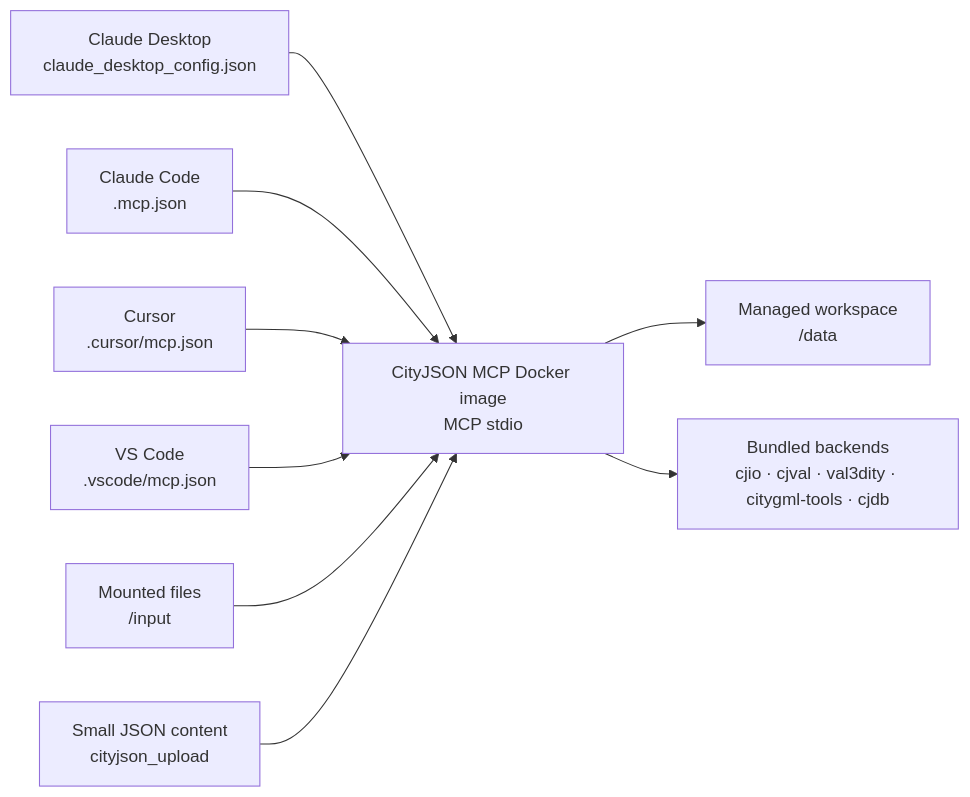
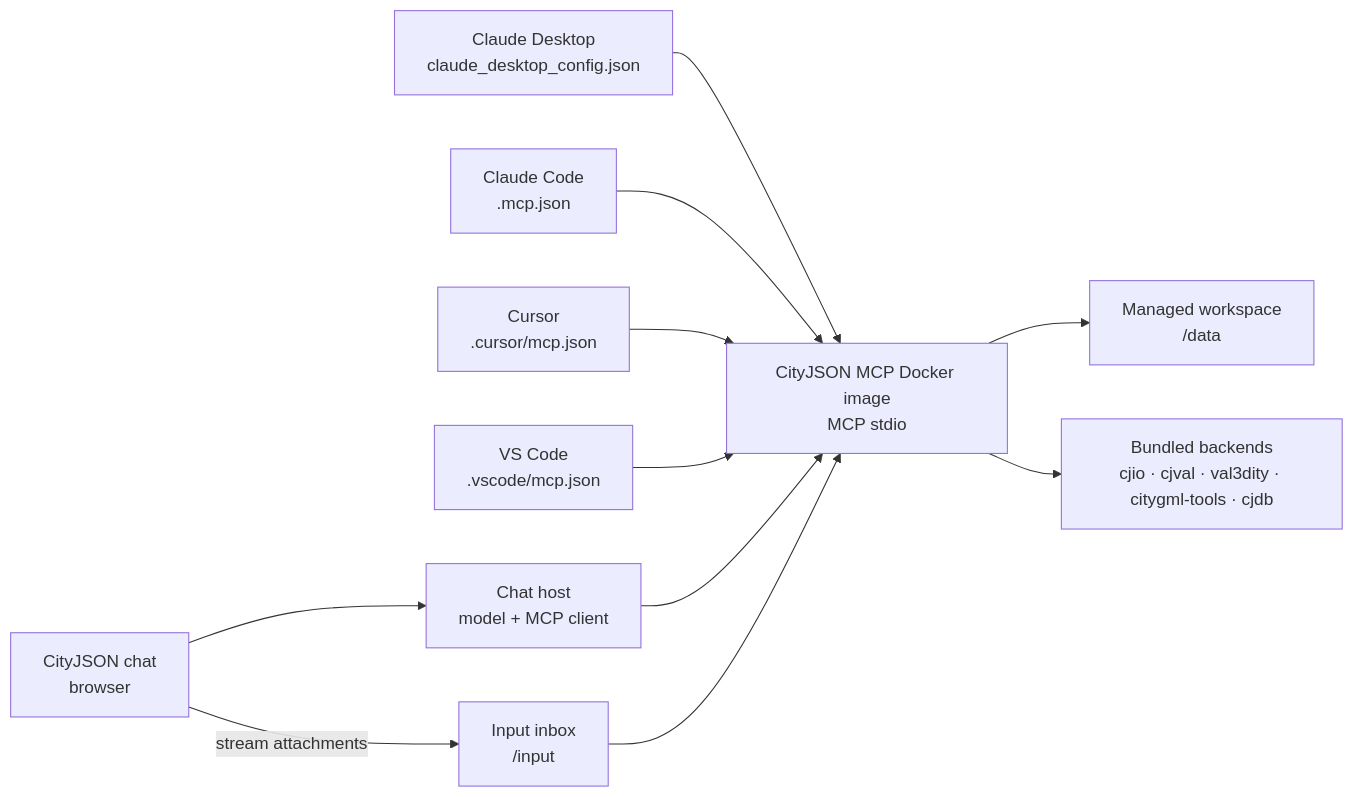
The diagram in diagrams/client-setup.mmd (Yarroudh/cityjson-mcp), drawn with Mermaid before and after one commit. The commit also changed 30 other files, not shown here.

```diff
--- a/diagrams/client-setup.mmd
+++ b/diagrams/client-setup.mmd
@@ -1,19 +1,22 @@
 flowchart LR
   CLAUDE["Claude Desktop<br/>claude_desktop_config.json"]
   CLAUDECODE["Claude Code<br/>.mcp.json"]
   CURSOR["Cursor<br/>.cursor/mcp.json"]
   VSCODE["VS Code<br/>.vscode/mcp.json"]
+  WEB["CityJSON chat<br/>browser"]
+  HOST["Chat host<br/>model + MCP client"]
   DOCKER["CityJSON MCP Docker image<br/>MCP stdio"]
-  INPUT["Mounted files<br/>/input"]
-  UPLOAD["Small JSON content<br/>cityjson_upload"]
+  INPUT["Input inbox<br/>/input"]
   WS["Managed workspace<br/>/data"]
   TOOLS["Bundled backends<br/>cjio · cjval · val3dity · citygml-tools · cjdb"]
 
   CLAUDE --> DOCKER
   CLAUDECODE --> DOCKER
   CURSOR --> DOCKER
   VSCODE --> DOCKER
+  WEB -->|stream attachments| INPUT
+  WEB --> HOST
+  HOST --> DOCKER
   INPUT --> DOCKER
-  UPLOAD --> DOCKER
   DOCKER --> WS
   DOCKER --> TOOLS
```
